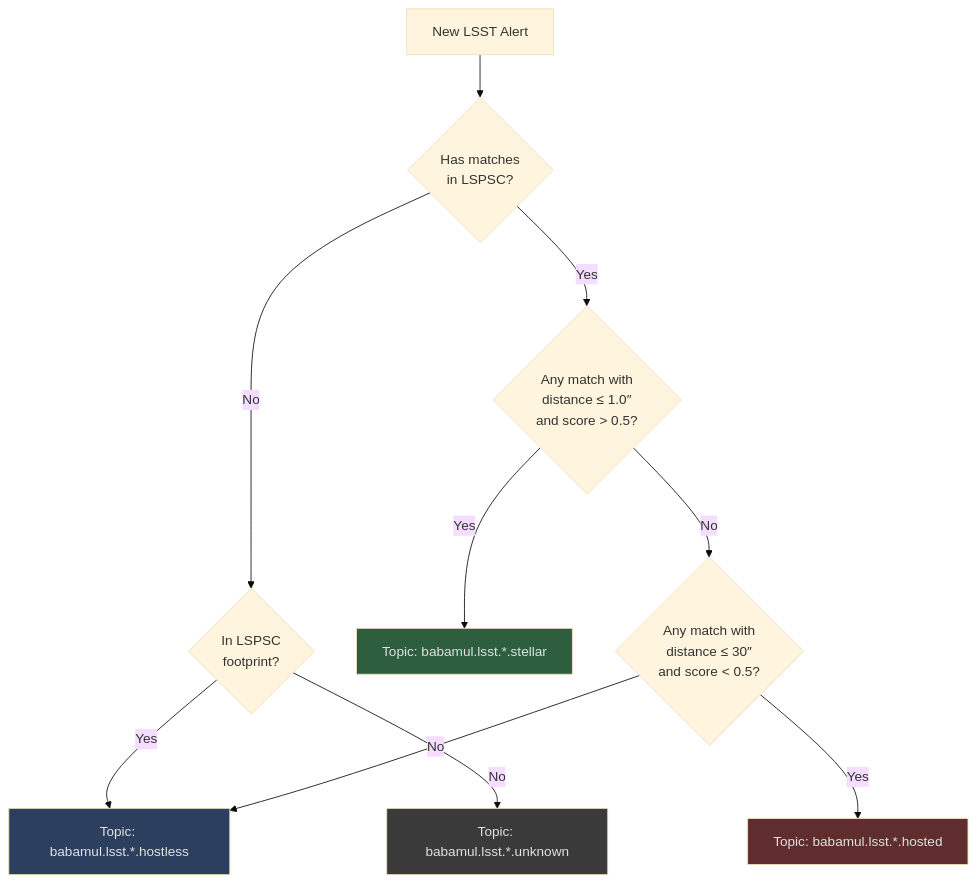
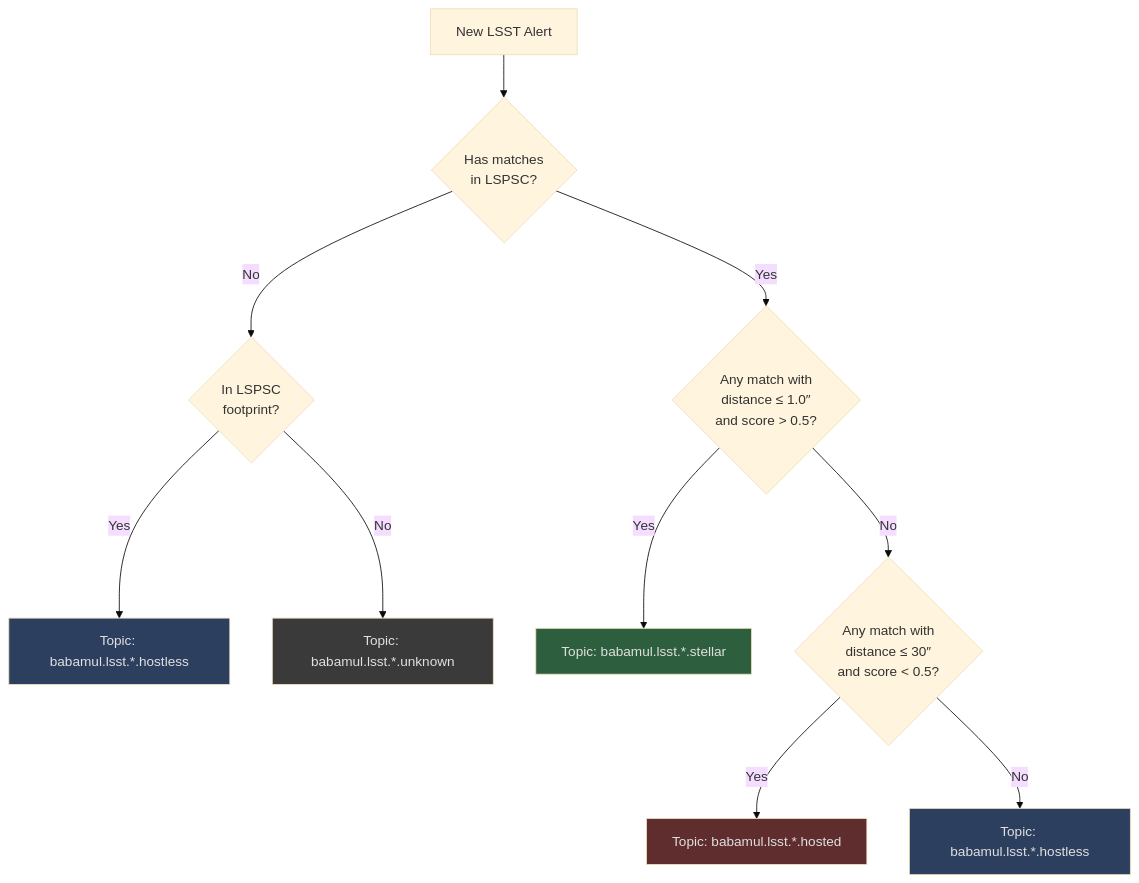
One commit to boom-astro/boom changed the second of 2 diagrams in docs/babamul.md. Above: the diagram before and after it, drawn with Mermaid (base theme).

Commit message:
Rework flow chart

````diff
--- a/docs/babamul.md
+++ b/docs/babamul.md
@@ -135,19 +135,20 @@
 ```mermaid
 flowchart TD
     Alert[New LSST Alert] --> CheckLSPSC{Has matches<br/>in LSPSC?}
 
     CheckLSPSC -->|No| CheckFootprint{In LSPSC<br/>footprint?}
     CheckFootprint -->|Yes| HostlessTopic[Topic: babamul.lsst.*.hostless]
     CheckFootprint -->|No| UnknownTopic[Topic: babamul.lsst.*.unknown]
 
     CheckLSPSC -->|Yes| CheckStellar{Any match with<br/>distance ≤ 1.0″<br/>and score > 0.5?}
     CheckStellar -->|Yes| StellarTopic[Topic: babamul.lsst.*.stellar]
     CheckStellar -->|No| CheckHosted{Any match with<br/>distance ≤ 30″<br/>and score < 0.5?}
     CheckHosted -->|Yes| HostedTopic[Topic: babamul.lsst.*.hosted]
-    CheckHosted -->|No| HostlessTopic
+    CheckHosted -->|No| HostlessTopic2[Topic: babamul.lsst.*.hostless]
 
     style StellarTopic fill:#2d5f3f,color:#e0e0e0
     style HostedTopic fill:#5f2d2d,color:#e0e0e0
     style HostlessTopic fill:#2d3f5f,color:#e0e0e0
+    style HostlessTopic2 fill:#2d3f5f,color:#e0e0e0
     style UnknownTopic fill:#3a3a3a,color:#e0e0e0
 ```
````
